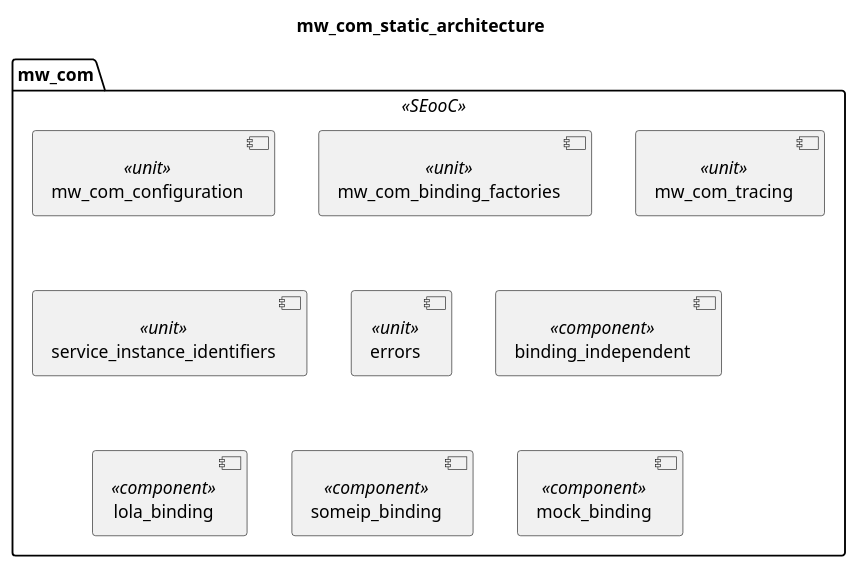
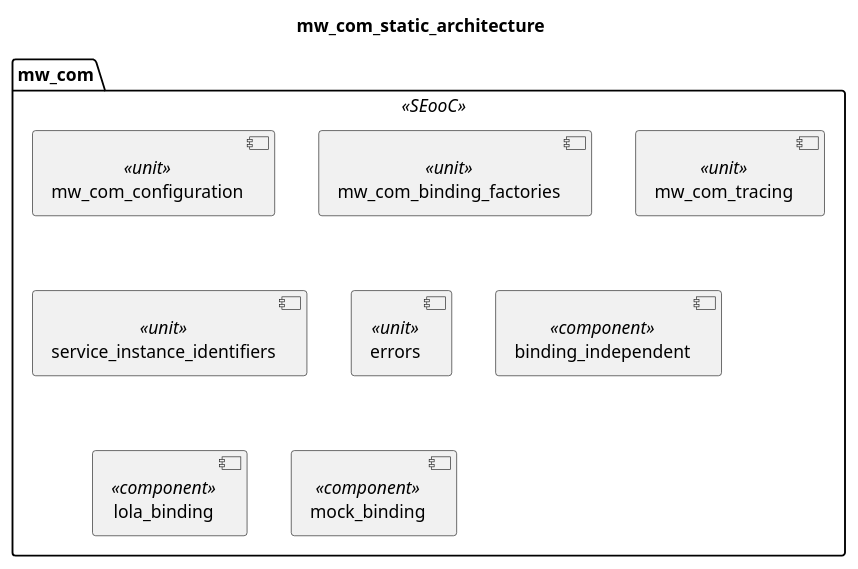
One commit to eclipse-score/communication changed the diagram in score/mw/com/dependability/architectural_design/static_design/overall.puml. Above: the diagram before and after it, drawn with PlantUML. The commit also changed 3 other files, not shown here.

```diff
--- a/score/mw/com/dependability/architectural_design/static_design/overall.puml
+++ b/score/mw/com/dependability/architectural_design/static_design/overall.puml
@@ -13,17 +13,17 @@
 @startuml safety_sentinel_mwcom_design
 title "mw_com_static_architecture"
 
 package mw_com <<SEooC>>  {
   component mw_com_configuration <<unit>>
   component mw_com_binding_factories <<unit>>
   component mw_com_tracing <<unit>>
   component service_instance_identifiers <<unit>>
   component errors <<unit>>
 
   component binding_independent <<component>>
   component lola_binding <<component>>
-  component someip_binding <<component>>
+'  component someip_binding <<component>>
   component mock_binding <<component>>
 }
 
 @enduml
```
